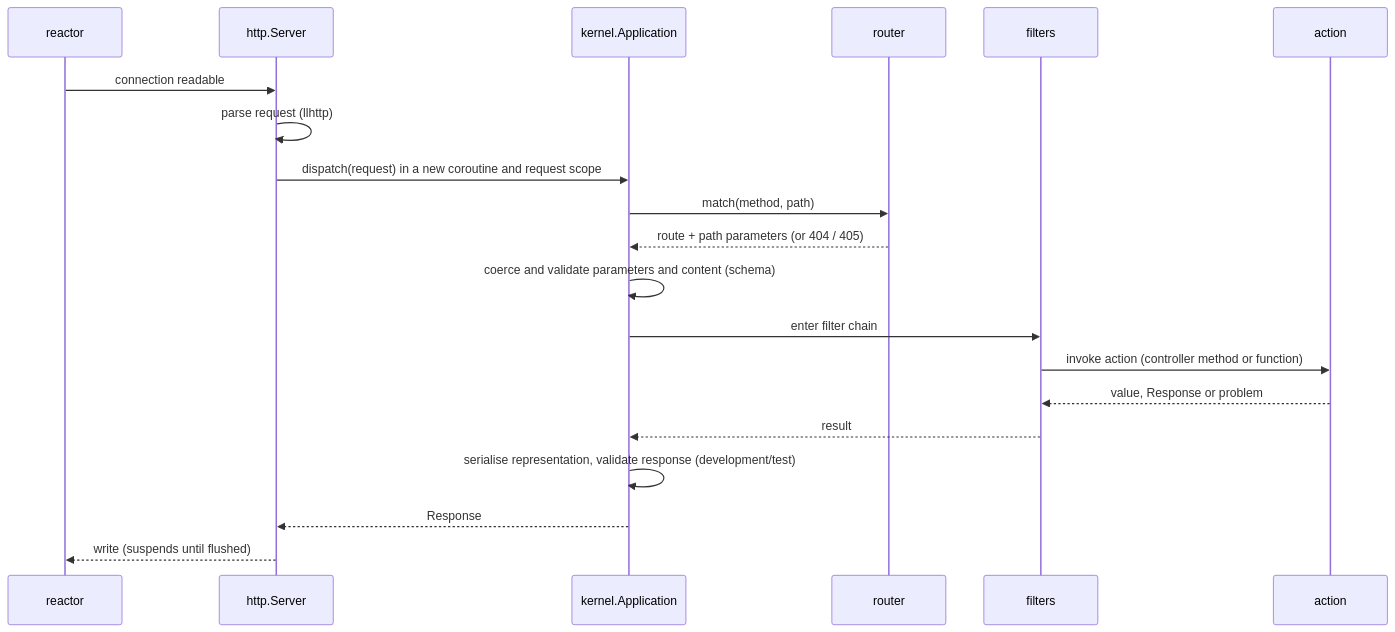
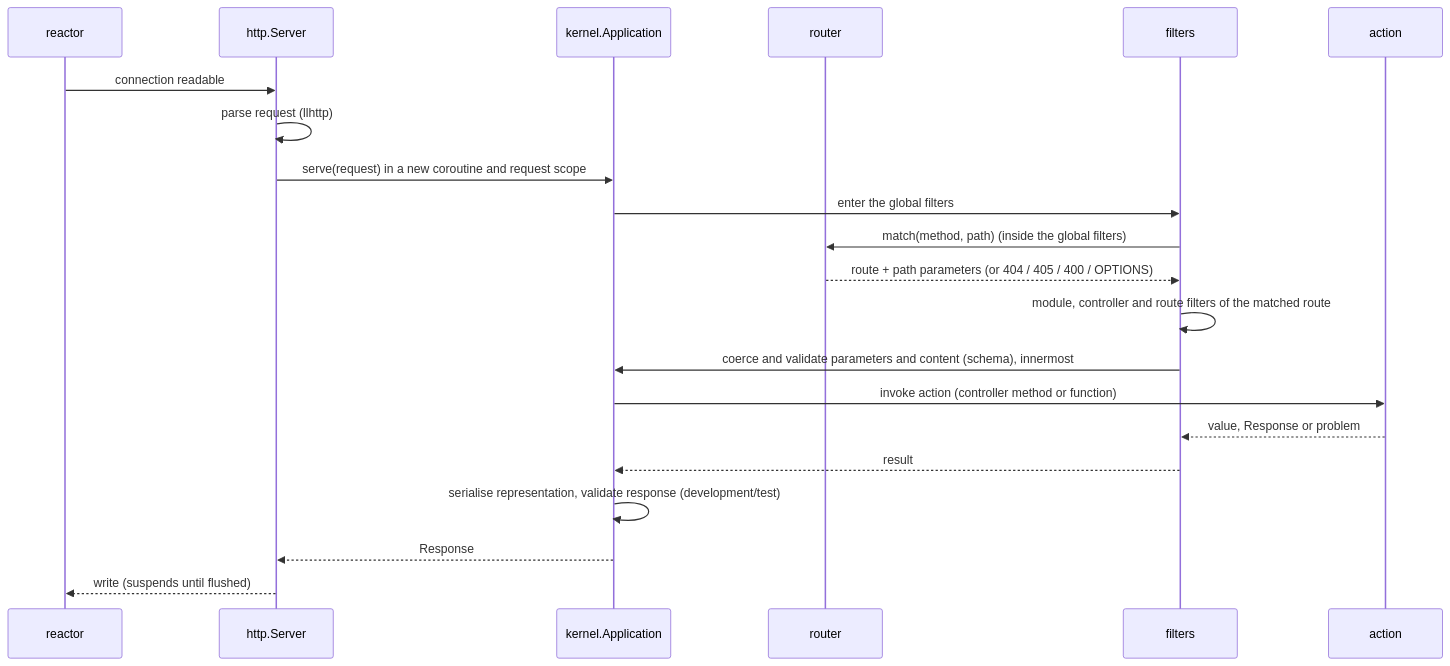
Before and after one commit to hecate-framework/hecate: the second of 2 diagrams in docs/architecture/overview.md, drawn with Mermaid. The commit also changed other lines of this file and 8 other files, not shown here.

````diff
--- a/docs/architecture/overview.md
+++ b/docs/architecture/overview.md
@@ -108,22 +108,23 @@
 ```mermaid
 sequenceDiagram
   participant R as reactor
   participant H as http.Server
   participant K as kernel.Application
   participant Rt as router
   participant F as filters
   participant A as action
   R->>H: connection readable
   H->>H: parse request (llhttp)
-  H->>K: dispatch(request) in a new coroutine and request scope
-  K->>Rt: match(method, path)
-  Rt-->>K: route + path parameters (or 404 / 405)
-  K->>K: coerce and validate parameters and content (schema)
-  K->>F: enter filter chain
-  F->>A: invoke action (controller method or function)
+  H->>K: serve(request) in a new coroutine and request scope
+  K->>F: enter the global filters
+  F->>Rt: match(method, path) (inside the global filters)
+  Rt-->>F: route + path parameters (or 404 / 405 / 400 / OPTIONS)
+  F->>F: module, controller and route filters of the matched route
+  F->>K: coerce and validate parameters and content (schema), innermost
+  K->>A: invoke action (controller method or function)
   A-->>F: value, Response or problem
   F-->>K: result
   K->>K: serialise representation, validate response (development/test)
   K-->>H: Response
   H-->>R: write (suspends until flushed)
 ```
````
